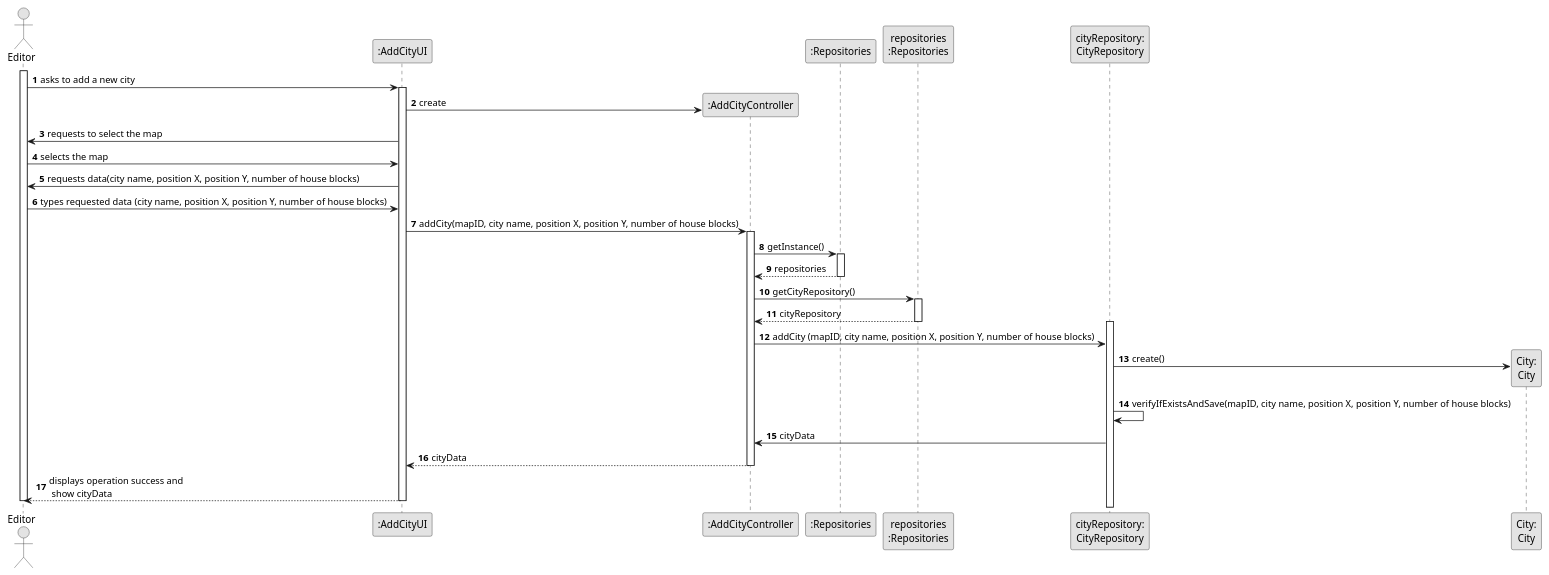
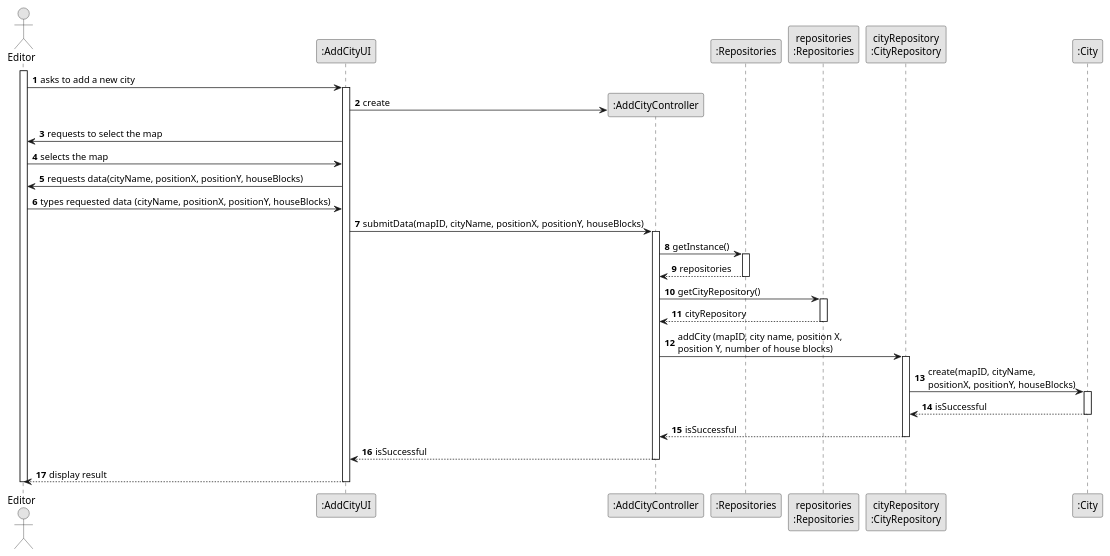
One commit to ivasduarte/all-aboard changed the diagram in docs/sprint2/us003/03.design/puml/us003-sequence-diagram-full.puml. Above: the diagram before and after it, drawn with PlantUML.

Commit message:
US03(docs): correction of sequence diagram

```diff
--- a/docs/sprint2/us003/03.design/puml/us003-sequence-diagram-full.puml
+++ b/docs/sprint2/us003/03.design/puml/us003-sequence-diagram-full.puml
@@ -1,73 +1,64 @@
 @startuml
 skinparam monochrome true
 skinparam packageStyle rectangle
 skinparam shadowing false
 
 autonumber
 
-'hide footbox
+
 actor "Editor" as Editor
 participant ":AddCityUI" as UI
 participant ":AddCityController" as CTRL
 participant ":Repositories" as RepositorySingleton
 participant "repositories\n:Repositories" as PLAT
-participant "cityRepository:\nCityRepository" as cityRepository
-participant "City:\nCity" as City
+participant "cityRepository\n:CityRepository" as cityRepository
+participant ":City" as City
 
 
 activate Editor
 
-        Editor -> UI : asks to add a new city
+Editor -> UI : asks to add a new city
 
-        activate UI
-            UI -> CTRL** : create
+activate UI
+UI -> CTRL** : create
 
-        UI -> Editor: requests to select the map
-        Editor -> UI: selects the map
-         UI -> Editor : requests data(city name, position X, position Y, number of house blocks)
-         Editor -> UI : types requested data (city name, position X, position Y, number of house blocks)
-            UI -> CTRL : addCity(mapID, city name, position X, position Y, number of house blocks)
+UI -> Editor: requests to select the map
+Editor -> UI: selects the map
+UI -> Editor : requests data(cityName, positionX, positionY, houseBlocks)
+Editor -> UI : types requested data (cityName, positionX, positionY, houseBlocks)
+UI -> CTRL : submitData(mapID, cityName, positionX, positionY, houseBlocks)
 
-            activate CTRL
+activate CTRL
 
+CTRL -> RepositorySingleton : getInstance()
+activate RepositorySingleton
 
+RepositorySingleton --> CTRL: repositories
+deactivate RepositorySingleton
 
-                CTRL -> RepositorySingleton : getInstance()
-                activate RepositorySingleton
+CTRL -> PLAT : getCityRepository()
+activate PLAT
 
-                    RepositorySingleton --> CTRL: repositories
-                deactivate RepositorySingleton
+PLAT --> CTRL: cityRepository
+deactivate PLAT
 
-                CTRL -> PLAT : getCityRepository()
-                activate PLAT
+CTRL -> cityRepository : addCity (mapID, city name, position X,\nposition Y, number of house blocks)
+activate cityRepository
 
-                    PLAT --> CTRL: cityRepository
-                deactivate PLAT
+cityRepository -> City : create(mapID, cityName,\npositionX, positionY, houseBlocks)
+activate City
 
+City --> cityRepository : isSuccessful
+deactivate City
 
-                activate cityRepository
+cityRepository --> CTRL : isSuccessful
+deactivate cityRepository
 
+CTRL --> UI : isSuccessful
+deactivate CTRL
 
-                    CTRL -> cityRepository : addCity (mapID, city name, position X, position Y, number of house blocks)
-
-                    cityRepository -> City** : create()
-
-
-                    cityRepository -> cityRepository : verifyIfExistsAndSave(mapID, city name, position X, position Y, number of house blocks)
-
-
-
-
-                cityRepository -> CTRL : cityData
-
-
-                CTRL --> UI : cityData
-            deactivate CTRL
-
-
-            UI --> Editor : displays operation success and \n show cityData
-    deactivate UI
-
+UI --> Editor : display result
+deactivate UI
 deactivate Editor
 
 @enduml
```
